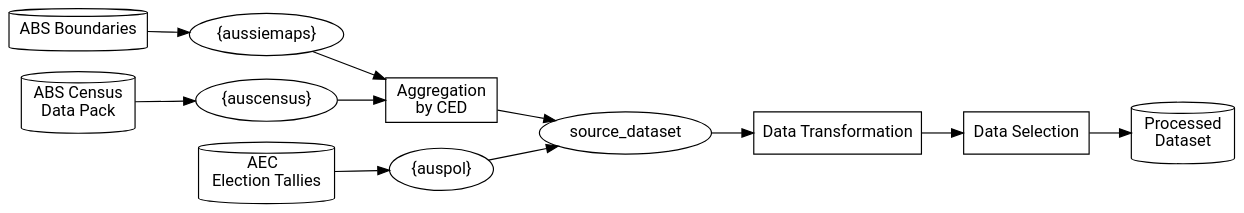
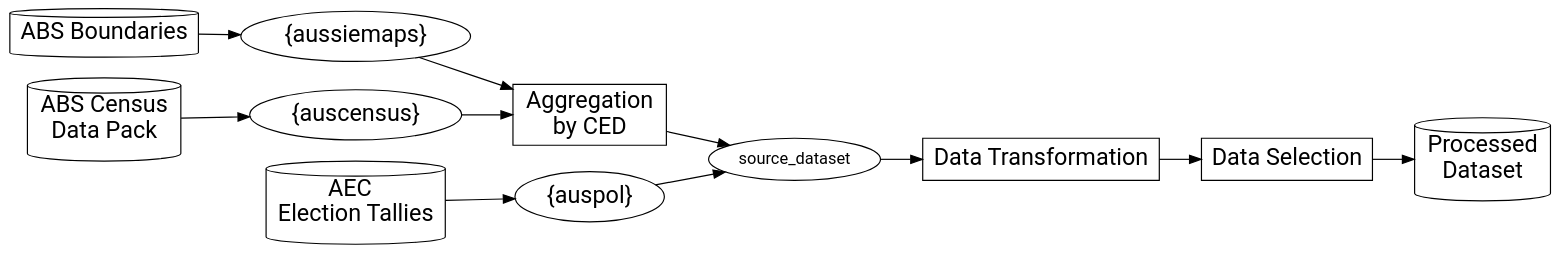
Before and after one commit to carlosyanez/MSc_DA_Project: the diagram in 8. Report/img/02_data_flow.gv, drawn with Graphviz. The commit also changed other lines of this file and 213 other files, not shown here.

```diff
--- a/8. Report/img/02_data_flow.gv
+++ b/8. Report/img/02_data_flow.gv
@@ -1,33 +1,32 @@
 
 digraph G {
   graph [fontname = "Roboto"];
   node [fontname = "Roboto"];
   edge [fontname = "Roboto"];
   rankdir="LR";
-  
   bgcolor=transparent;
   
   {abs_shapefiles} -> {aussiemaps};
   {abs_datapack}  -> {auscensus};
   {aec_election}   -> {auspol};
   {auspol}    -> {source_dataset};
   {auscensus} -> {CED_aggregation};
   {aussiemaps} -> {CED_aggregation};
   {CED_aggregation} -> {source_dataset};
   {source_dataset} -> {data_transformation};
   {data_transformation} -> {data_selection};
   {data_selection} -> {processed_dataset};
   
-  auspol [label="{auspol}",shape=ellipse];
-  auscensus [label="{auscensus}",shape=ellipse];
-  aussiemaps [label="{aussiemaps}",shape=ellipse];
+  auspol [label="{auspol}",shape=ellipse,fontsize="20pt"];
+  auscensus [label="{auscensus}",shape=ellipse,fontsize="20pt"];
+  aussiemaps [label="{aussiemaps}",shape=ellipse,fontsize="20pt"];
   
-  data_transformation [label="Data Transformation",shape=Square];
-  data_selection [label="Data Selection",shape=Square];
-  CED_aggregation [label="Aggregation \n by CED",shape=Square];
+  data_transformation [label="Data Transformation",fontsize="20pt",shape=Square];
+  data_selection [label="Data Selection",shape=Square,fontsize="20pt"];
+  CED_aggregation [label="Aggregation \n by CED",shape=Square,fontsize="20pt"];
   
-  abs_shapefiles [label="ABS Boundaries",shape=cylinder];
-  abs_datapack  [label="ABS Census \n Data Pack",shape=cylinder];
-  aec_election   [label="AEC  \n Election Tallies",shape=cylinder];
-  processed_dataset [label="Processed \n Dataset",shape=cylinder];
+  abs_shapefiles [label="ABS Boundaries",shape=cylinder,fontsize="20pt"];
+  abs_datapack  [label="ABS Census \n Data Pack",shape=cylinder,fontsize="20pt"];
+  aec_election   [label="AEC  \n Election Tallies",shape=cylinder,fontsize="20pt"];
+  processed_dataset [label="Processed \n Dataset",shape=cylinder,fontsize="20pt"];
 }
```
